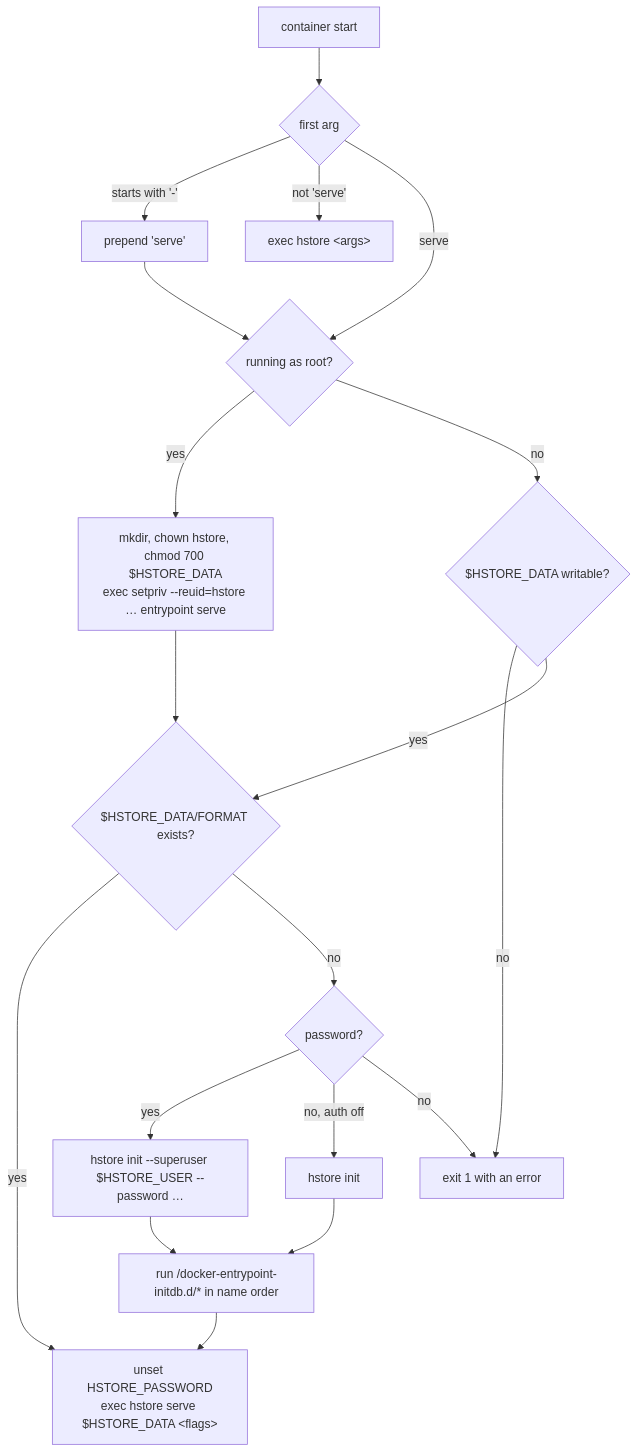
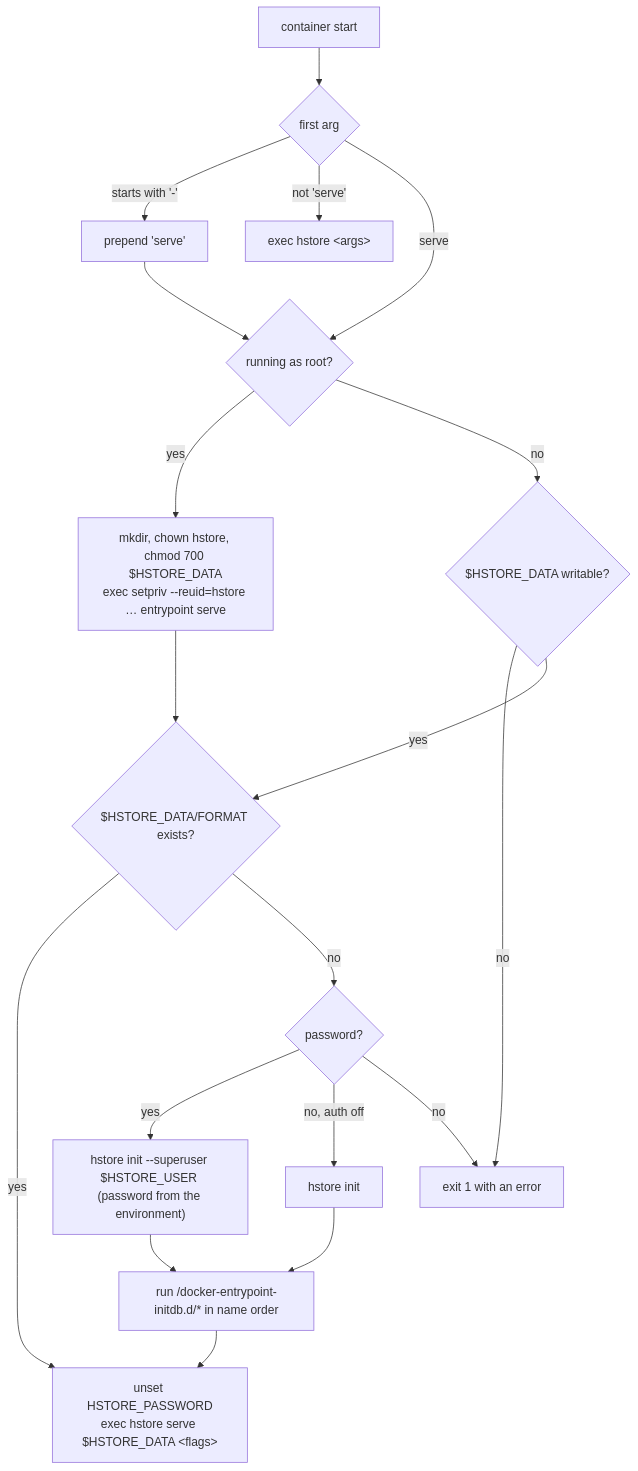
One commit to Ujjwaljain16/hypergraph changed the diagram in docs/operations/docker.md. Above: the diagram before and after it, drawn with Mermaid. The commit also changed other lines of this file and 63 other files, not shown here.

````diff
--- a/docs/operations/docker.md
+++ b/docs/operations/docker.md
@@ -95,21 +95,21 @@
 ```mermaid
 flowchart TD
     A[container start] --> B{first arg}
     B -- "starts with '-'" --> S[prepend 'serve']
     B -- "not 'serve'" --> X["exec hstore &lt;args&gt;"]
     B -- serve --> R
     S --> R{running as root?}
     R -- yes --> O["mkdir, chown hstore, chmod 700 $HSTORE_DATA<br/>exec setpriv --reuid=hstore … entrypoint serve"]
     O --> F
     R -- no --> W{"$HSTORE_DATA writable?"}
     W -- no --> E["log how to fix ownership, exit 1"]
     W -- yes --> F{"$HSTORE_DATA/FORMAT exists?"}
     F -- yes --> V["unset HSTORE_PASSWORD<br/>exec hstore serve $HSTORE_DATA &lt;flags&gt;"]
     F -- no --> P{password?}
-    P -- yes --> I1["hstore init --superuser $HSTORE_USER --password …"]
+    P -- yes --> I1["hstore init --superuser $HSTORE_USER (password from the environment)"]
     P -- "no, auth off" --> I2["hstore init"]
     P -- no --> E[exit 1 with an error]
     I1 --> D["run /docker-entrypoint-initdb.d/* in name order"]
     I2 --> D
     D --> V
 ```
````
